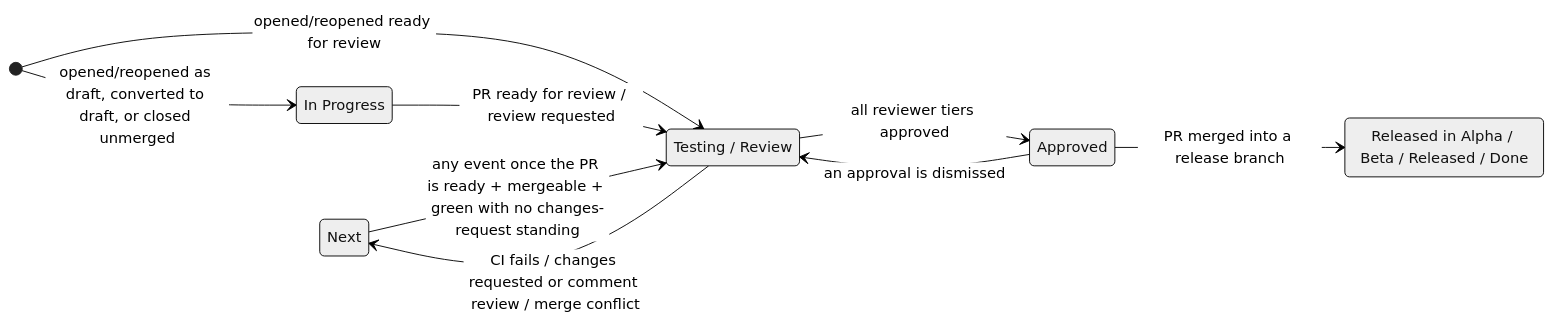
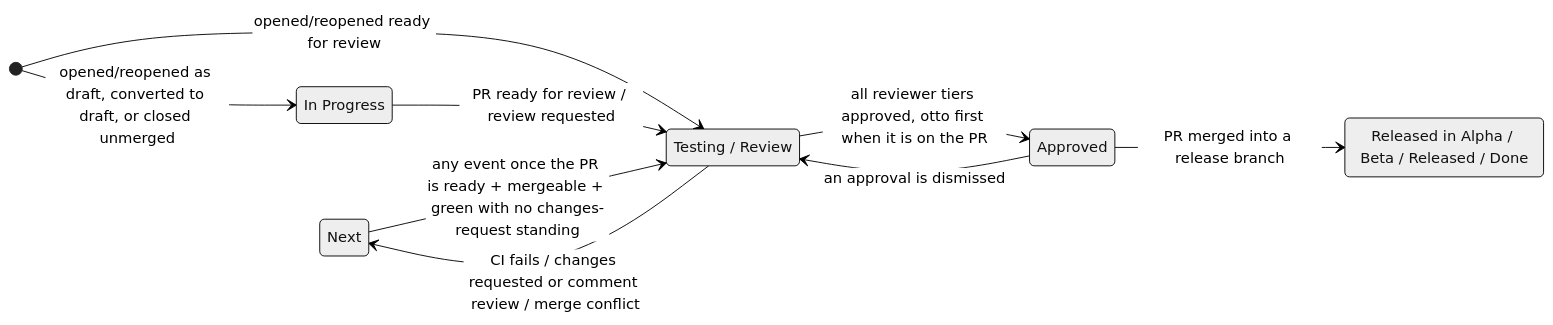
The diagram in README.md (nsquared-team/asana-comment-on-task-github-action), drawn with Mermaid (neutral theme) before and after one commit. The commit also changed other lines of this file and 8 other files, not shown here.

````diff
--- a/README.md
+++ b/README.md
@@ -13,18 +13,18 @@
 ```mermaid
 stateDiagram-v2
     direction LR
     Next : Next
     InProgress : In Progress
     Testing : Testing / Review
     Approved : Approved
     Release : Released in Alpha / Beta / Released / Done
 
     [*] --> InProgress : opened/reopened as draft, converted to draft, or closed unmerged
     [*] --> Testing : opened/reopened ready for review
     InProgress --> Testing : PR ready for review / review requested
     Testing --> Next : CI fails / changes requested or comment review / merge conflict
     Next --> Testing : any event once the PR is ready + mergeable + green with no changes-request standing
-    Testing --> Approved : all reviewer tiers approved
+    Testing --> Approved : all reviewer tiers approved, otto first when it is on the PR
     Approved --> Testing : an approval is dismissed
     Approved --> Release : PR merged into a release branch
 ```
````
